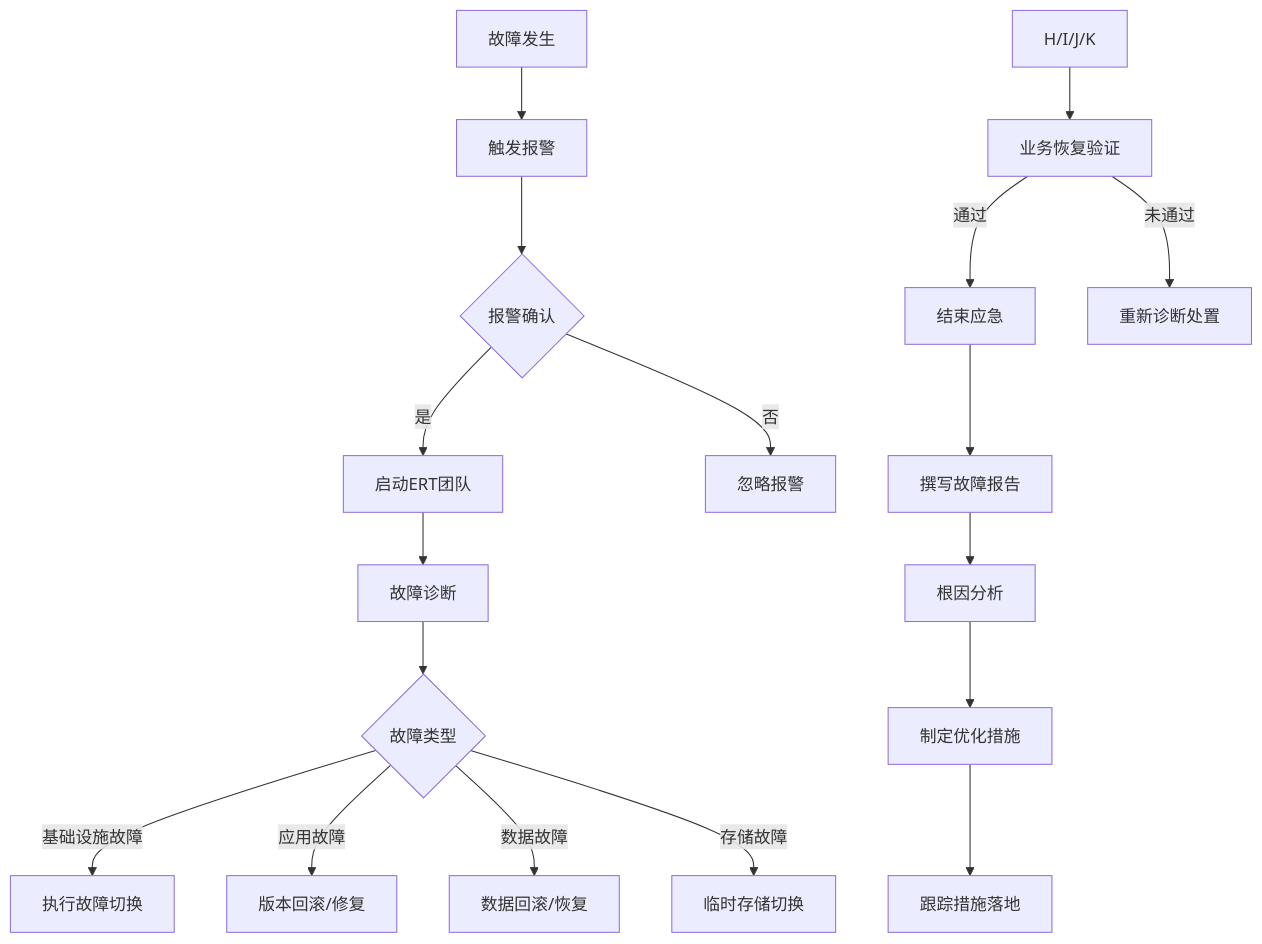
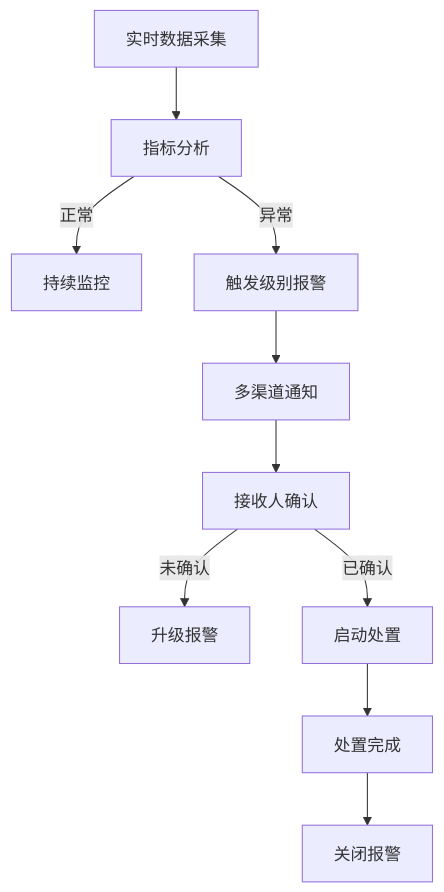
One commit to chaixh/KKTBAI changed the fourth of 4 diagrams in outputs/content.md. Above: the diagram before and after it, drawn with Mermaid. The commit also changed other lines of this file and 20 other files, not shown here.

````diff
--- a/outputs/content.md
+++ b/outputs/content.md
@@ -381,20 +456,12 @@
 ```mermaid
 flowchart TD
-    A[故障发生] --> B[触发报警]
-    B --> C{报警确认}
-    C -->|是| D[启动ERT团队]
-    C -->|否| E[忽略报警]
-    D --> F[故障诊断]
-    F --> G{故障类型}
-    G -->|基础设施故障| H[执行故障切换]
-    G -->|应用故障| I[版本回滚/修复]
-    G -->|数据故障| J[数据回滚/恢复]
-    G -->|存储故障| K[临时存储切换]
-    H/I/J/K --> L[业务恢复验证]
-    L -->|通过| M[结束应急]
-    L -->|未通过| N[重新诊断处置]
-    M --> O[撰写故障报告]
-    O --> P[根因分析]
-    P --> Q[制定优化措施]
-    Q --> R[跟踪措施落地]
-```  
+    A[实时数据采集] --> B[指标分析]
+    B -->|正常| C[持续监控]
+    B -->|异常| D[触发级别报警]
+    D --> E[多渠道通知]
+    E --> F[接收人确认]
+    F -->|未确认| G[升级报警]
+    F -->|已确认| H[启动处置]
+    H --> I[处置完成]
+    I --> J[关闭报警]
+```
````
